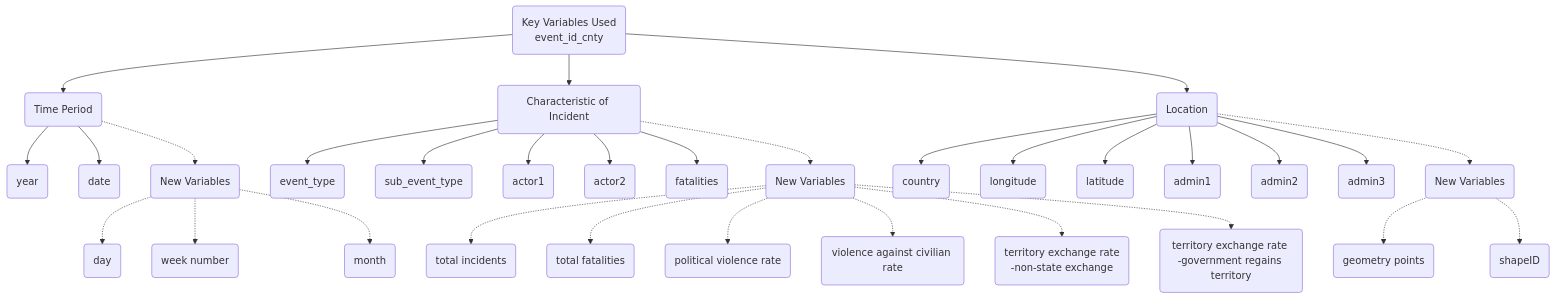
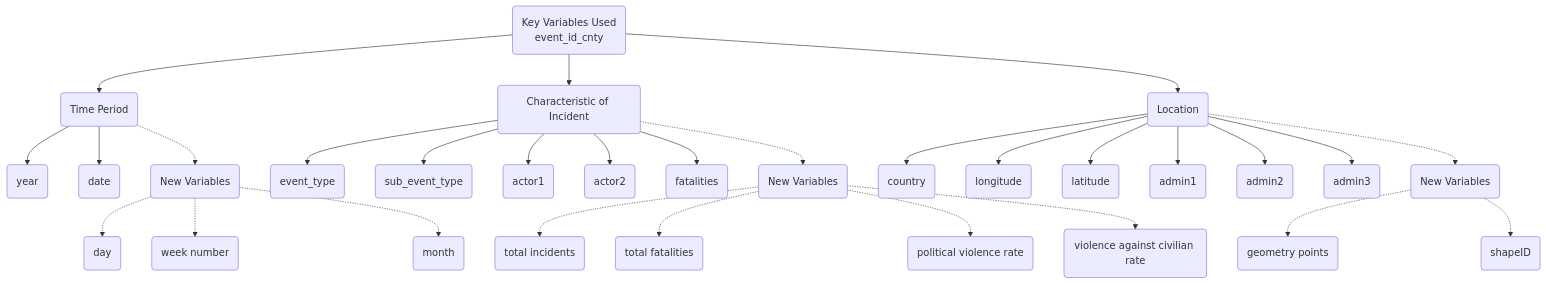
The diagram in ProjectProposal/ProjectProposal(revised).qmd (teoose/VAA-GroupProject-Netlify-), drawn with Mermaid before and after one commit. The commit also changed 1 other file, not shown here.

Commit message:
Commit changes

````diff
--- a/ProjectProposal/ProjectProposal(revised).qmd
+++ b/ProjectProposal/ProjectProposal(revised).qmd
@@ -43,40 +43,37 @@
 ```{mermaid}
 %%| echo: false
 flowchart TD
   A(Key Variables Used \n event_id_cnty)
   A --> B(Time Period)
   A --> C(Characteristic of Incident)
   A --> D(Location)
   
   B --> E(year)
   B --> F(date)
   B -.-> G(New Variables)
   G -.-> H(day)
   G -.-> I(week number)
   G -.-> J(month)
 
 
   C --> K(event_type)
   C --> L(sub_event_type)
   C --> M(actor1)
   C --> N(actor2)
   C --> O(fatalities)
   C -.-> P(New Variables)
   P -.-> Q(total incidents)
   P -.-> R(total fatalities)
   P -.-> S(political violence rate)
   P -.-> T(violence against civilian rate)
-  P -.-> U(territory exchange rate \n-non-state exchange)
-  P -.-> V(territory exchange rate \n-government regains territory)
   
-  
-  D --> W(country)
-  D --> X(longitude)
-  D --> Y(latitude)
-  D --> Z(admin1)
-  D --> AA(admin2)
-  D --> AB(admin3)
-  D -.-> AC(New Variables)
-  AC -.-> AD(geometry points)
-  AC -.-> AE(shapeID)
+  D --> U(country)
+  D --> V(longitude)
+  D --> W(latitude)
+  D --> X(admin1)
+  D --> Y(admin2)
+  D --> Z(admin3)
+  D -.-> AA(New Variables)
+  AA -.-> AB(geometry points)
+  AA -.-> AC(shapeID)
 ```
````
